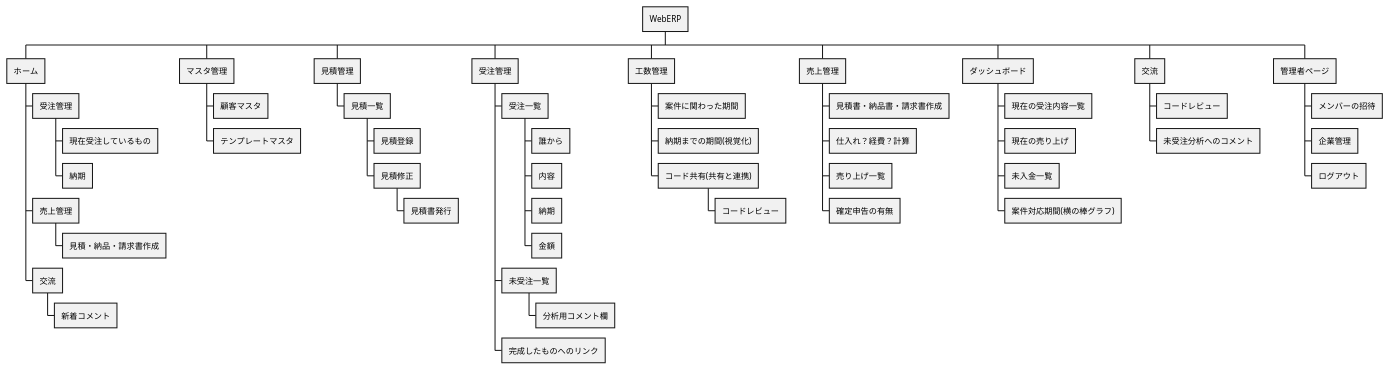
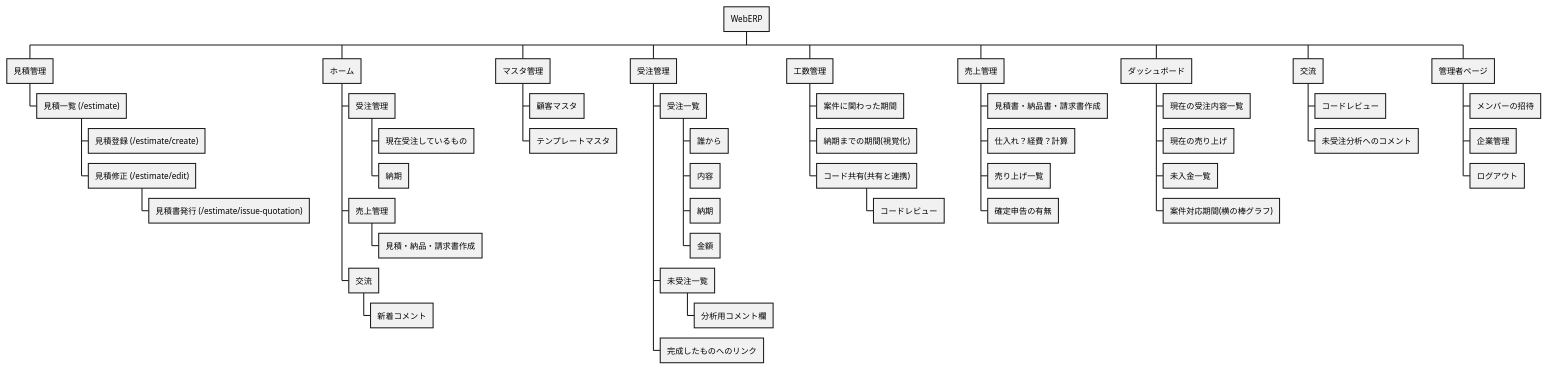
One commit to CoopTechOrg/WebERP changed the diagram in docs/SiteMap.puml. Above: the diagram before and after it, drawn with PlantUML.

Commit message:
URL追加

```diff
--- a/docs/SiteMap.puml
+++ b/docs/SiteMap.puml
@@ -1,61 +1,62 @@
 @startwbs
 'https://plantuml.com/wbs-diagram
 
 * WebERP
 
+** 見積管理
+*** 見積一覧 (/estimate)
+**** 見積登録 (/estimate/create)
+**** 見積修正 (/estimate/edit)
+***** 見積書発行 (/estimate/issue-quotation)
+
 ** ホーム
 *** 受注管理
 **** 現在受注しているもの
 **** 納期
+
 *** 売上管理
 **** 見積・納品・請求書作成
 *** 交流
 **** 新着コメント
 
 ** マスタ管理
 *** 顧客マスタ
 *** テンプレートマスタ
-
-** 見積管理
-*** 見積一覧
-**** 見積登録
-**** 見積修正
-***** 見積書発行
 
 ** 受注管理
 *** 受注一覧
 **** 誰から
 **** 内容
 **** 納期
 **** 金額
 *** 未受注一覧
 **** 分析用コメント欄
 *** 完成したものへのリンク
 
 ** 工数管理
 *** 案件に関わった期間
 *** 納期までの期間(視覚化)
 *** コード共有(共有と連携)
 **** コードレビュー
 
 ** 売上管理
 *** 見積書・納品書・請求書作成
 *** 仕入れ？経費？計算
 *** 売り上げ一覧
 *** 確定申告の有無
 
 ** ダッシュボード
 *** 現在の受注内容一覧
 *** 現在の売り上げ
 *** 未入金一覧
 *** 案件対応期間(横の棒グラフ)
 
 ** 交流
 *** コードレビュー
 *** 未受注分析へのコメント
 
 ** 管理者ページ
 *** メンバーの招待
 *** 企業管理
 *** ログアウト
 @endwbs
```
